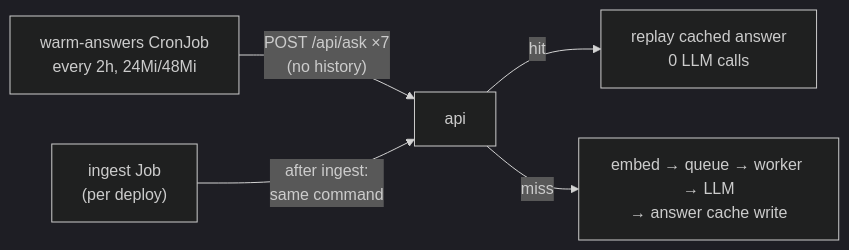
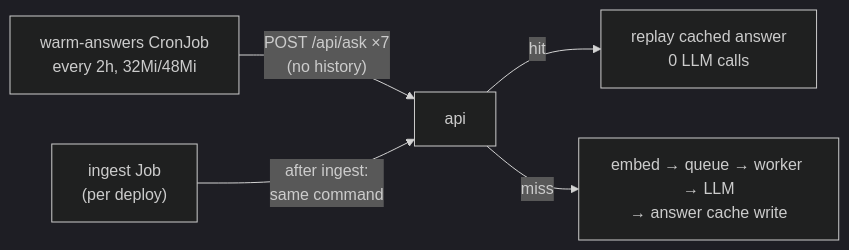
One commit to hacka-tron/basel.engineering changed the diagram in project/status/2026-09-30-latency-quick-wins.md. Above: the diagram before and after it, drawn with Mermaid (dark theme). The commit also changed other lines of this file and 9 other files, not shown here.

First line of the commit message:
fix(warm): count every generation attempt; shared daily warm-up cap

````diff
--- a/project/status/2026-09-30-latency-quick-wins.md
+++ b/project/status/2026-09-30-latency-quick-wins.md
@@ -19,7 +19,7 @@
 ```mermaid
 flowchart LR
-    CJ["warm-answers CronJob<br/>every 2h, 24Mi/48Mi"] -->|"POST /api/ask ×7<br/>(no history)"| API
+    CJ["warm-answers CronJob<br/>every 2h, 32Mi/48Mi"] -->|"POST /api/ask ×7<br/>(no history)"| API
     ING["ingest Job<br/>(per deploy)"] -->|"after ingest:<br/>same command"| API
     API[api] -->|hit| HIT["replay cached answer<br/>0 LLM calls"]
     API -->|miss| FULL["embed → queue → worker → LLM<br/>→ answer cache write"]
 ```
````
